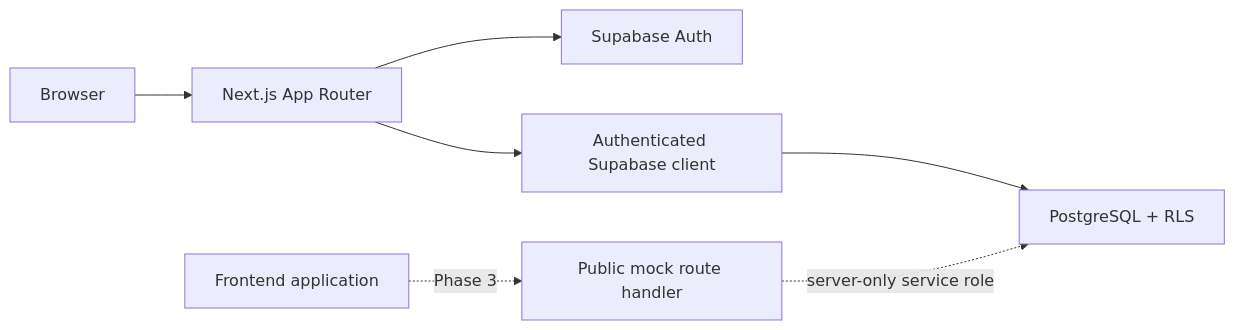
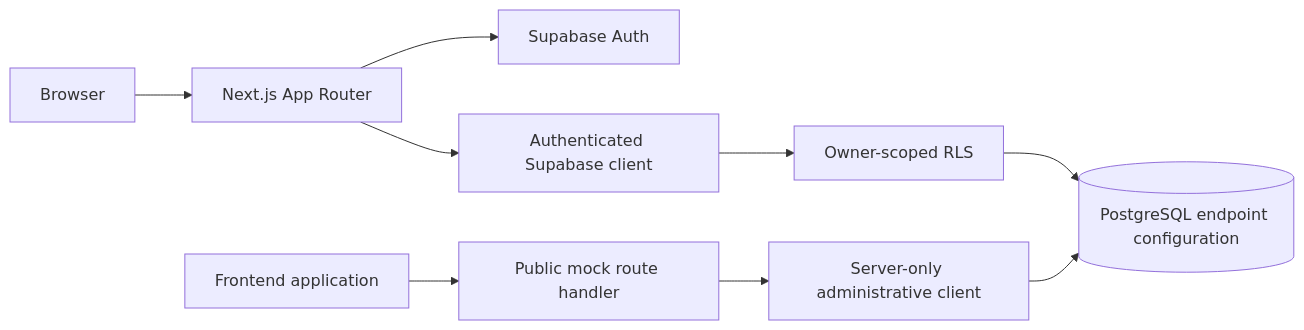
Before and after one commit to ChaitanyaSai-Meka/MockForge: the diagram in README.md, drawn with Mermaid. The commit also changed other lines of this file and 15 other files, not shown here.

````diff
--- a/README.md
+++ b/README.md
@@ -9,9 +9,11 @@
 ```mermaid
 flowchart LR
   Browser[Browser] --> Next[Next.js App Router]
   Next --> Auth[Supabase Auth]
   Next --> UserClient[Authenticated Supabase client]
-  UserClient --> RLS[PostgreSQL + RLS]
-  PublicClient[Frontend application] -. Phase 3 .-> Runtime[Public mock route handler]
-  Runtime -. server-only service role .-> RLS
+  UserClient --> RLS[Owner-scoped RLS]
+  PublicClient[Frontend application] --> Runtime[Public mock route handler]
+  Runtime --> Admin[Server-only administrative client]
+  Admin --> DB[(PostgreSQL endpoint configuration)]
+  RLS --> DB
 ```
````
